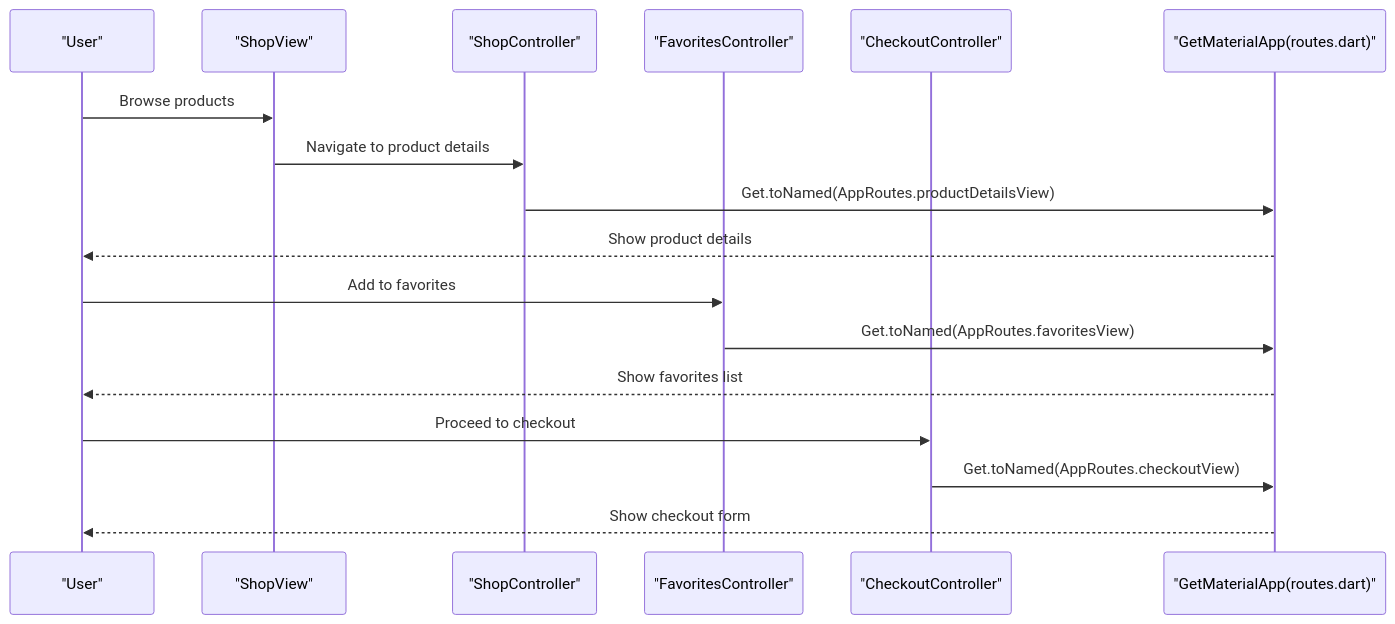
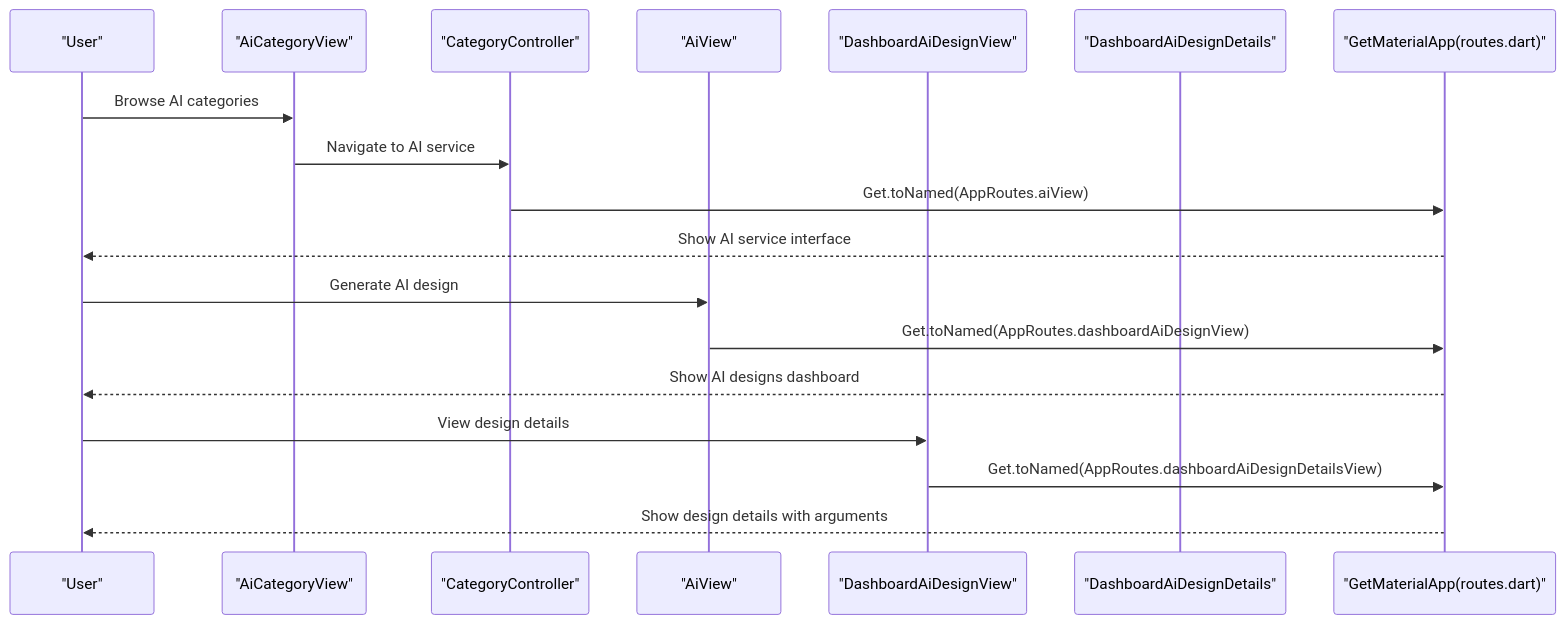
Before and after one commit to Ariful3111/FurniGo: the third of 9 diagrams in .qoder/repowiki/en/content/Architecture Overview/Routing and Navigation.md, drawn with Mermaid. The commit also changed other lines of this file and 67 other files, not shown here.

````diff
--- a/.qoder/repowiki/en/content/Architecture Overview/Routing and Navigation.md
+++ b/.qoder/repowiki/en/content/Architecture Overview/Routing and Navigation.md
@@ -171,19 +196,20 @@
 ```mermaid
 sequenceDiagram
 participant User as "User"
-participant View as "ShopView"
-participant Ctrl as "ShopController"
-participant Favorites as "FavoritesController"
-participant Checkout as "CheckoutController"
+participant AICategory as "AiCategoryView"
+participant AICtrl as "CategoryController"
+participant AIView as "AiView"
+participant AIDashboard as "DashboardAiDesignView"
+participant AIDetails as "DashboardAiDesignDetails"
 participant Router as "GetMaterialApp(routes.dart)"
-User->>View : Browse products
-View->>Ctrl : Navigate to product details
-Ctrl->>Router : Get.toNamed(AppRoutes.productDetailsView)
-Router-->>User : Show product details
-User->>Favorites : Add to favorites
-Favorites->>Router : Get.toNamed(AppRoutes.favoritesView)
-Router-->>User : Show favorites list
-User->>Checkout : Proceed to checkout
-Checkout->>Router : Get.toNamed(AppRoutes.checkoutView)
-Router-->>User : Show checkout form
+User->>AICategory : Browse AI categories
+AICategory->>AICtrl : Navigate to AI service
+AICtrl->>Router : Get.toNamed(AppRoutes.aiView)
+Router-->>User : Show AI service interface
+User->>AIView : Generate AI design
+AIView->>Router : Get.toNamed(AppRoutes.dashboardAiDesignView)
+Router-->>User : Show AI designs dashboard
+User->>AIDashboard : View design details
+AIDashboard->>Router : Get.toNamed(AppRoutes.dashboardAiDesignDetailsView)
+Router-->>User : Show design details with arguments
 ```
````
